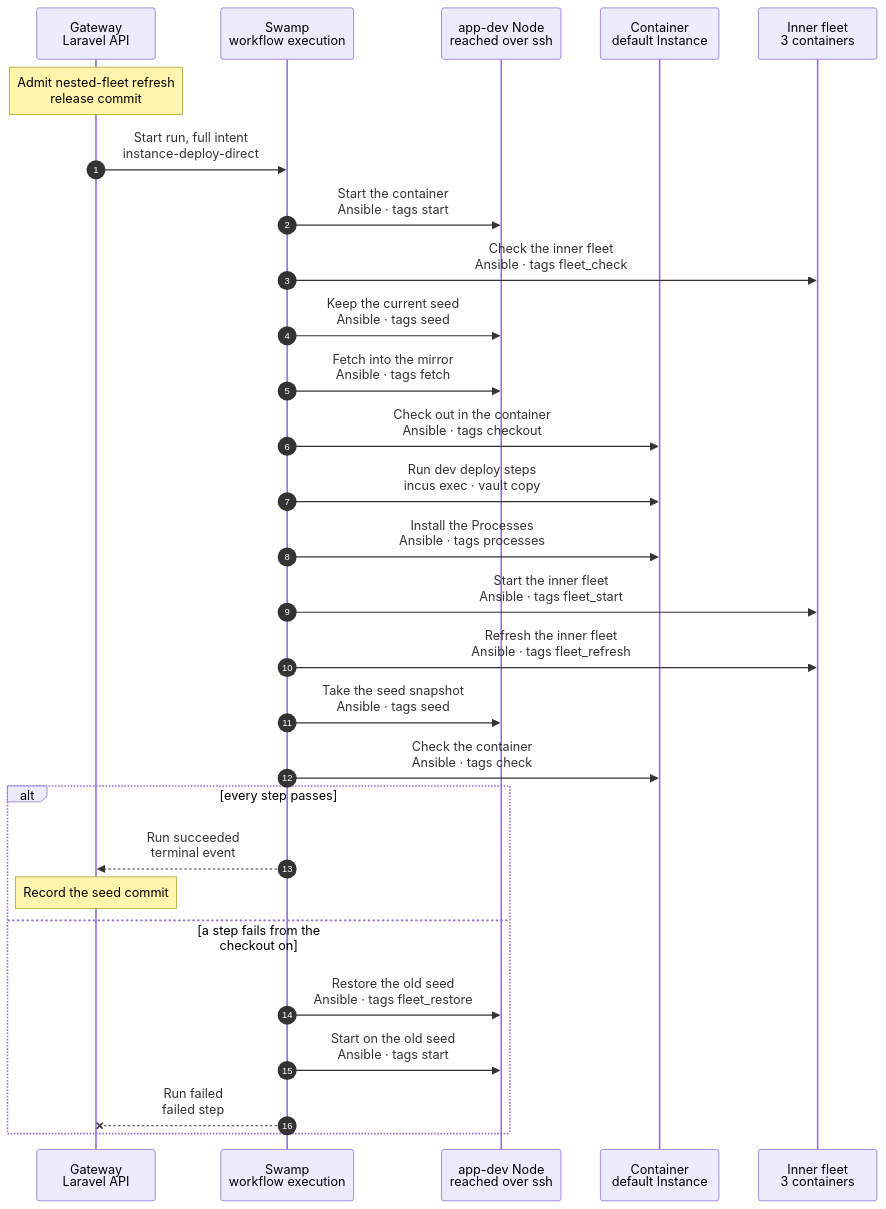
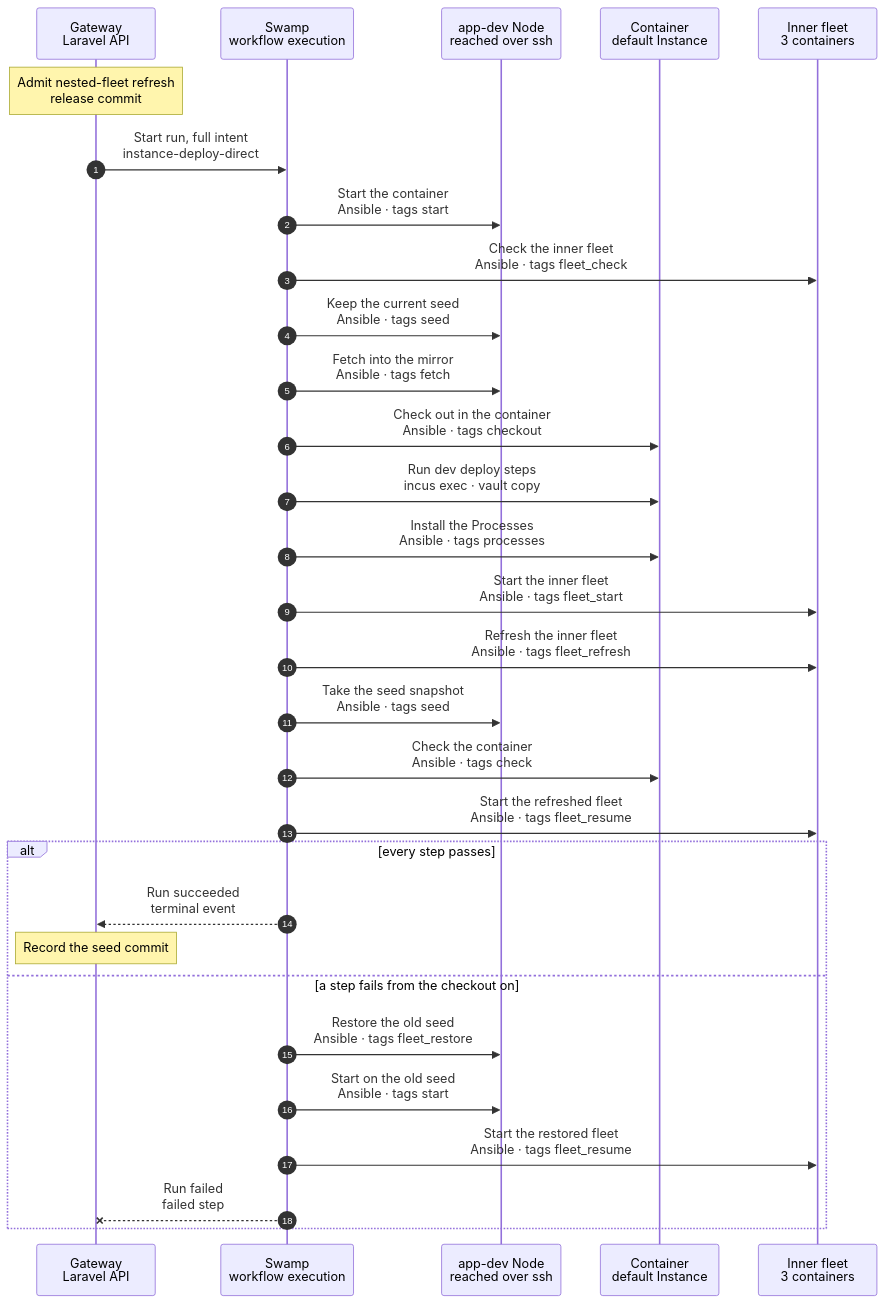
One commit to hardimpactdev/orbit changed the diagram in docs/cli/instance/container/fleet-refresh.mmd. Above: the diagram before and after it, drawn with Mermaid. The commit also changed 2 other files, not shown here.

Commit message:
docs(instances): migrate the nested Gateway before the fleet's Doctor wait
The start of the inner fleet checks only what a start can promise; readiness
ends the refresh. A passed refresh starts its fleet again after the seed, a
failed one starts the restored fleet, and a fleet phase records why it failed.

```diff
--- a/docs/cli/instance/container/fleet-refresh.mmd
+++ b/docs/cli/instance/container/fleet-refresh.mmd
@@ -1,87 +1,103 @@
 sequenceDiagram
   %% Container runtime (ADR 0250 step 5, docs/reference/development-containers.md#refresh-after-a-release): after each Gateway release, the deployment of each nested-fleet default Instance to the release commit. It is `instance.deploy` with the fleet steps that only a nested-fleet default's intent runs. It refreshes the inner fleet and takes the seed that new Instances of that Project clone. For the nested-fleet path it replaces the release trigger and the daily run of docs/cli/task/vm-image-refresh.mmd, and it calls neither.
   %% status: draft
   %% command: none · after each Gateway release · instance:deploy on the default runs the same flow
   %% kind: instance.deploy
   autonumber
   %% lane GW icon=gateway pill=intent tone=blue
   %% lane SW icon=workflow pill=executes tone=green
   %% lane N icon=server pill=target tone=amber
   %% lane C icon=server pill=default tone=purple
   %% lane F icon=server pill=fleet tone=gray
   participant GW as Gateway<br/>Laravel API
   participant SW as Swamp<br/>workflow execution
   participant N as app-dev Node<br/>reached over ssh
   participant C as Container<br/>default Instance
   participant F as Inner fleet<br/>3 containers
   Note over GW: Admit nested-fleet refresh<br/>release commit
   %%> Started by:
   %%> - the release step "Admit nested-fleet refresh", after the Gateway is verified and Horizon runs: `instances:refresh-nested-fleets --commit`
   %%> When:
   %%> - only while the Gateway setting `ORBIT_INSTANCES_NESTED_FLEET_REFRESH` is on; off, the step prints one line and admits nothing
   %%> - one deployment per nested-fleet default whose runtime is in `orbit-instances-nested` on a Node with the nested-fleet switch on
   %%> - none exists: the step prints one line and admits nothing
   %%> - a clone of the default is being created: refused, `instance.clone_in_flight`; the next release tries again
   %%> - a deployment of the default is open: refused by the Instance lock, `operation.target_busy`
   %%> - the release commit is missing from the Project's repository: the admission's source read refuses it, `project.source_unavailable`
   %%> Result:
   %%> - best effort: the step allows failure and nothing waits for it; the release stays live
   GW->>SW: Start run, full intent<br/>instance-deploy-direct
   %%> What it does:
   %%> - the intent carries `fleet` (NestedFleetIntent): the fleet's names, the operator, the checkout path and the egress proxy
   %%> - the run budget grows by the fleet steps' bounds
   SW->>N: Start the container<br/>Ansible · tags start
   %%> What it does:
   %%> - the one start of a container; the Club key is delivered there, outside the container's disk
   SW->>F: Check the inner fleet<br/>Ansible · tags fleet_check
   %%> What it does:
   %%> - waits for the inner Incus, then compares the three nested containers with the fleet rules; it changes nothing
   %%> - refuses `instance.container_fleet_drift` when a rule Orbit does not write differs (`raw.idmap`) or a nested container cannot be read; the Operation's result `fleet_drift` names each difference
   %%> - an owned rule that differs passes: the refresh writes it
   %%> Why:
   %%> - nothing changed yet, so a refusal restores no seed
   SW->>N: Keep the current seed<br/>Ansible · tags seed
   %%> What it does:
   %%> - retakes `seed-COMMIT` of the default as it is, fleet included, before the run changes anything
   %%> - refuses `instance.fleet_key_on_disk` first when the Club key path is a file on the container's disk; the key is never read
   %%> Why:
   %%> - a failed refresh then restores a seed that holds the fleet, never one from before it
   SW->>N: Fetch into the mirror<br/>Ansible · tags fetch
   SW->>C: Check out in the container<br/>Ansible · tags checkout
   %%> What it does:
   %%> - checks out the release commit in `/srv/workspace`; the nested Gateway and app-dev see it through their `checkout` device
   SW->>C: Run dev deploy steps<br/>incus exec · vault copy
   SW->>C: Install the Processes<br/>Ansible · tags processes
   SW->>F: Start the inner fleet<br/>Ansible · tags fleet_start
   %%> What it does:
-  %%> - compares the fleet with its rules as the check does, starts the nested containers that are stopped, brings up `wg-nested` with `ip` and `wg`, and waits for Doctor and the three agents
-  %%> - changes no device or configuration key: on a running healthy fleet it only reads
+  %%> - compares the fleet with its rules as the check does, starts the nested containers that are stopped, links the Club key, brings up `wg-nested` with `ip` and `wg`
+  %%> - checks only what a start can promise: the three containers run and the tunnel reaches the hub; no Doctor wait
+  %%> - changes no device or configuration key: on a running fleet it only reads
+  %%> Why:
+  %%> - the checkout just moved under the running nested Gateway; until the refresh migrates and restarts it, its Doctor cannot be healthy
   SW->>F: Refresh the inner fleet<br/>Ansible · tags fleet_refresh
   %%> What it does:
-  %%> - migrates the nested Gateway and restarts its services, converges the base of the three nested Nodes one by one, waits for Doctor
+  %%> - places the agent delivery, reloads the grants, migrates the nested Gateway and restarts its services
+  %%> - waits until the three agents are online (300 s), converges the base of the three nested Nodes one by one, then waits for readiness once: Doctor healthy, three agents, the operator
   %%> - stops the fleet, writes the owned rules that differ (and a build rule only where it is absent), checks every rule, and retakes `base` of the three
+  %%> - at the same commit it runs the same steps; the migrate has nothing to do
   %%> Why:
   %%> - a snapshot of a running container on a directory pool is a file copy, not a consistent state
   SW->>N: Take the seed snapshot<br/>Ansible · tags seed
   %%> What it does:
   %%> - refuses `instance.fleet_key_on_disk` when the Club key path is a file on the container's disk; the key is never read
   %%> - stops the Processes, snapshots `seed-COMMIT` again even at the same commit, starts them, deletes the older seeds
   SW->>C: Check the container<br/>Ansible · tags check
+  SW->>F: Start the refreshed fleet<br/>Ansible · tags fleet_resume
+  %%> What it does:
+  %%> - starts the fleet that the refresh stopped for `base` and the seed, and waits for readiness
+  %%> - fails with `instance.container_fleet_resume_failed`; the new seed and `base` stay, nothing is restored, and the detail says so
+  %%> Why:
+  %%> - the seed and `base` are taken with the fleet stopped; the default then runs on the new commit, fleet included
   alt every step passes
     SW-->>GW: Run succeeded<br/>terminal event
     Note over GW: Record the seed commit
     %%> Result:
     %%> - new Instances of the Project clone the new seed; existing clones keep the fleet they have
   else a step fails from the checkout on
     SW->>N: Restore the old seed<br/>Ansible · tags fleet_restore
     %%> What it does:
     %%> - stops the container and restores its newest seed by creation time: the one "Keep the current seed" took, or a newer one
     %%> - refuses `instance.fleet_seed_missing` when no seed is left
     SW->>N: Start on the old seed<br/>Ansible · tags start
     %%> What it does:
     %%> - starts it through `start`, so the start delivers what every start delivers
+    SW->>F: Start the restored fleet<br/>Ansible · tags fleet_resume
+    %%> What it does:
+    %%> - starts the inner fleet of the restored seed and waits for readiness, so the default is as it was before the run
+    %%> - on failure the error detail adds: the inner fleet of the restored seed did not start, and why
     SW--xGW: Run failed<br/>failed step
     %%> Result:
     %%> - the Operation names the first failed step and its code, such as `instance.container_fleet_refresh_failed`
+    %%> - a fleet phase's error detail names the failed task and its message, such as the Doctor body
     %%> - the old seed stays the seed; clones keep copying it, and the next release runs again
   end
```
